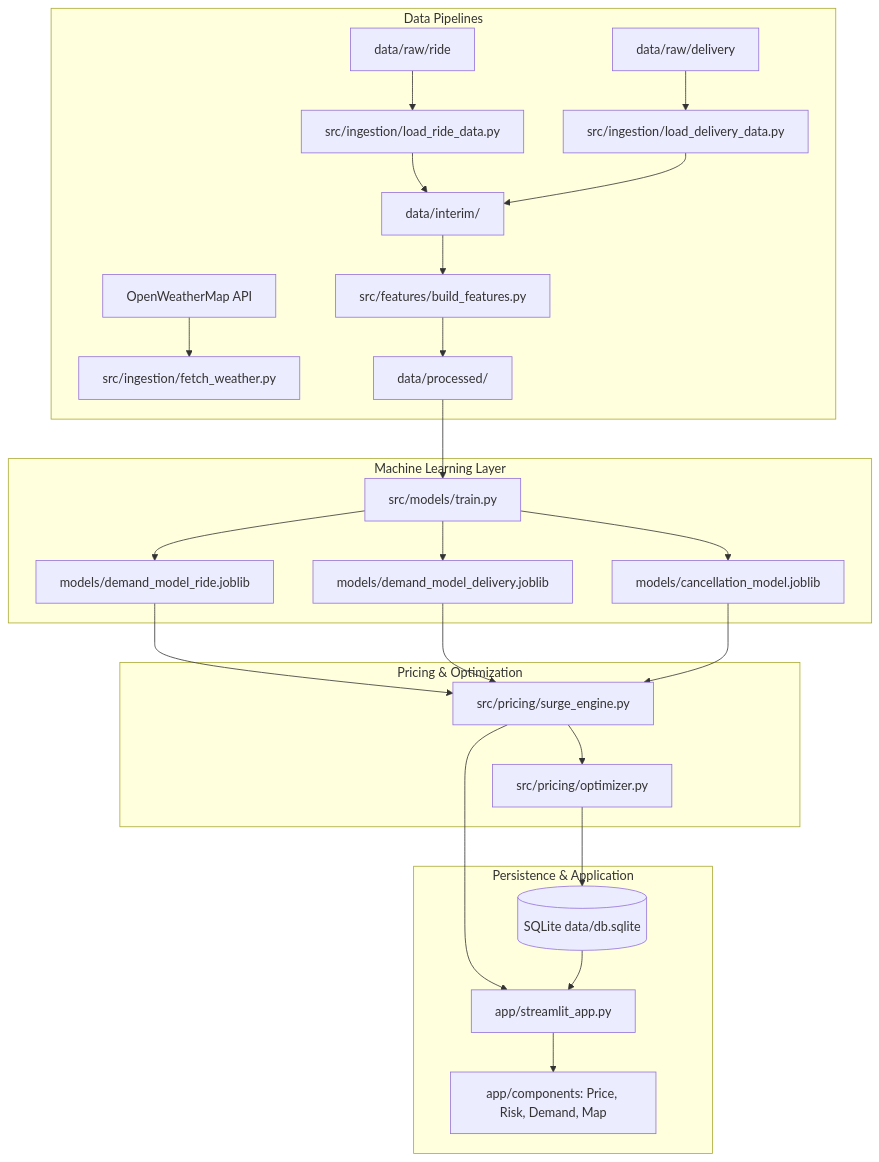
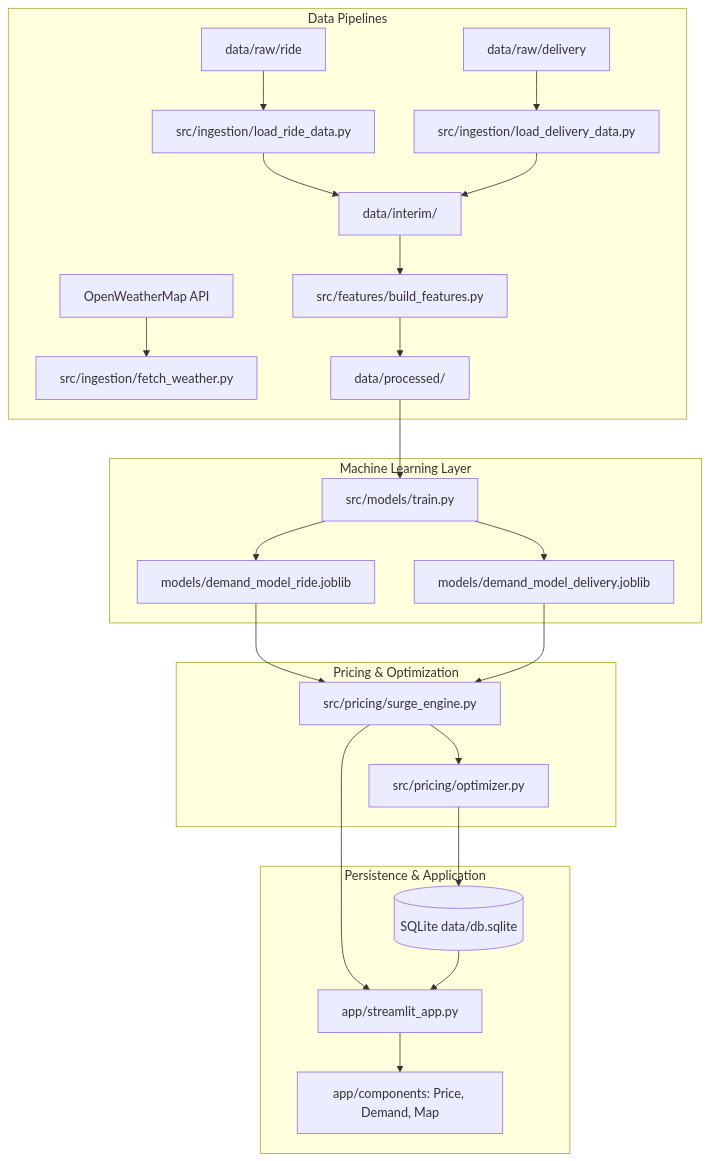
The diagram in docs/architecture.md (YashoooOG/dynamic-fare-engine), drawn with Mermaid before and after one commit. The commit also changed other lines of this file and 15 other files, not shown here.

Commit message:
refactor: remove cancellation risk model and associated pricing constraints

````diff
--- a/docs/architecture.md
+++ b/docs/architecture.md
@@ -9,33 +9,32 @@
 ```mermaid
 flowchart TD
     subgraph Data Pipelines
         RAW_RIDE[data/raw/ride] --> INGEST_RIDE[src/ingestion/load_ride_data.py]
         RAW_DELIV[data/raw/delivery] --> INGEST_DELIV[src/ingestion/load_delivery_data.py]
         WEATHER[OpenWeatherMap API] --> INGEST_WEATHER[src/ingestion/fetch_weather.py]
         INGEST_RIDE --> INTERIM[data/interim/]
         INGEST_DELIV --> INTERIM
         INTERIM --> FEAT[src/features/build_features.py]
-        FEAT --> PROC[data/processed/]
+        PROC[data/processed/]
+        FEAT --> PROC
     end
 
     subgraph Machine Learning Layer
         PROC --> TRAIN[src/models/train.py]
         TRAIN --> M_RIDE[models/demand_model_ride.joblib]
         TRAIN --> M_DELIV[models/demand_model_delivery.joblib]
-        TRAIN --> M_CANCEL[models/cancellation_model.joblib]
     end
 
     subgraph Pricing & Optimization
         M_RIDE --> SURGE_ENG[src/pricing/surge_engine.py]
         M_DELIV --> SURGE_ENG
-        M_CANCEL --> SURGE_ENG
         SURGE_ENG --> OPT[src/pricing/optimizer.py]
     end
 
     subgraph Persistence & Application
         OPT --> DB[(SQLite data/db.sqlite)]
         SURGE_ENG --> APP[app/streamlit_app.py]
         DB --> APP
-        APP --> UI_COMPONENTS[app/components: Price, Risk, Demand, Map]
+        APP --> UI_COMPONENTS[app/components: Price, Demand, Map]
     end
 ```
````
